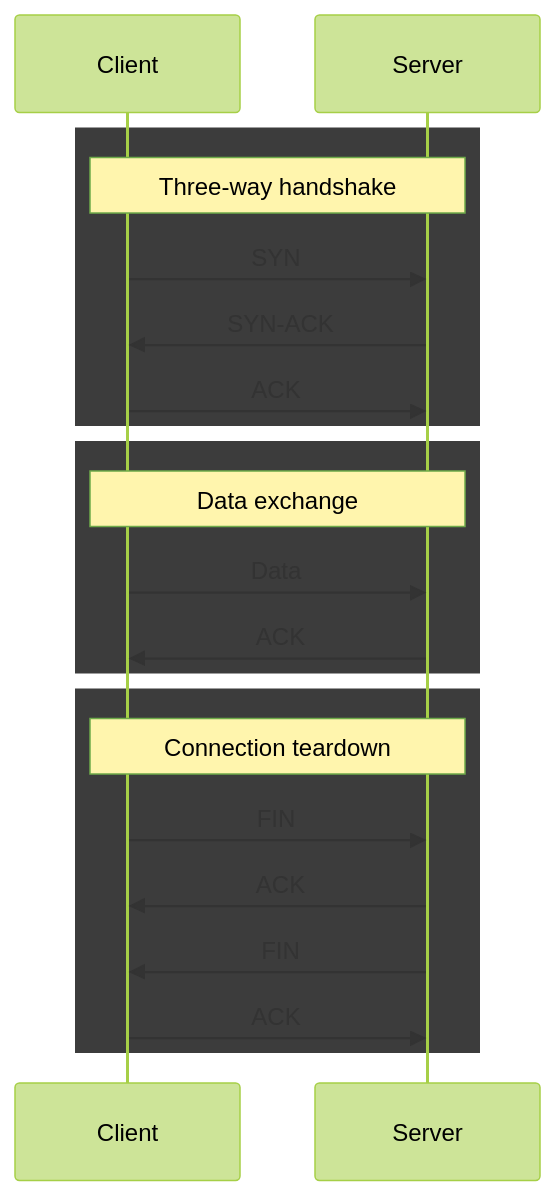
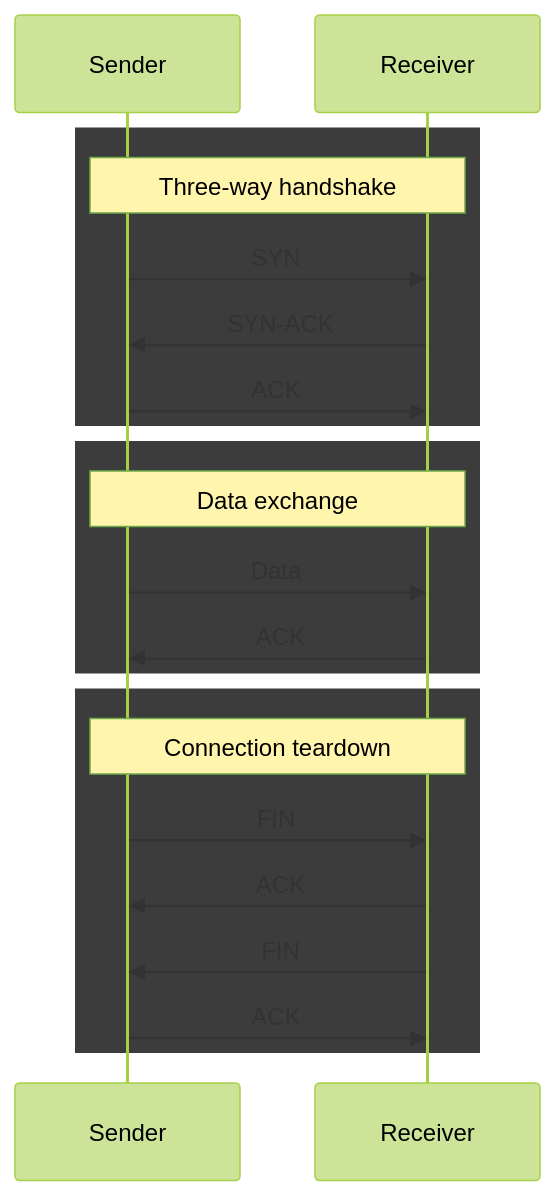
One commit to L0bstr/clawnet changed the first of 3 diagrams in docs/sections/tcp/readme.md. Above: the diagram before and after it, drawn with Mermaid (forest theme). The commit also changed other lines of this file and 7 other files, not shown here.

````diff
--- a/docs/sections/tcp/readme.md
+++ b/docs/sections/tcp/readme.md
@@ -17,26 +20,26 @@
 ```mermaid
 sequenceDiagram
-    participant C as Client
-    participant S as Server
+    participant S as Sender
+    participant R as Receiver
 
     rect rgb(60, 60, 60)
-        Note over C, S: Three-way handshake
-        C->>S: SYN
-        S->>C: SYN-ACK
-        C->>S: ACK
+        Note over S, R: Three-way handshake
+        S->>R: SYN
+        R->>S: SYN-ACK
+        S->>R: ACK
     end
 
     rect rgb(60, 60, 60)
-        Note over C, S: Data exchange
-        C->>S: Data
-        S->>C: ACK
+        Note over S, R: Data exchange
+        S->>R: Data
+        R->>S: ACK
     end
 
     rect rgb(60, 60, 60)
-        Note over C, S: Connection teardown
-        C->>S: FIN
-        S->>C: ACK
-        S->>C: FIN
-        C->>S: ACK
+        Note over S, R: Connection teardown
+        S->>R: FIN
+        R->>S: ACK
+        R->>S: FIN
+        S->>R: ACK
     end
 ```
````
